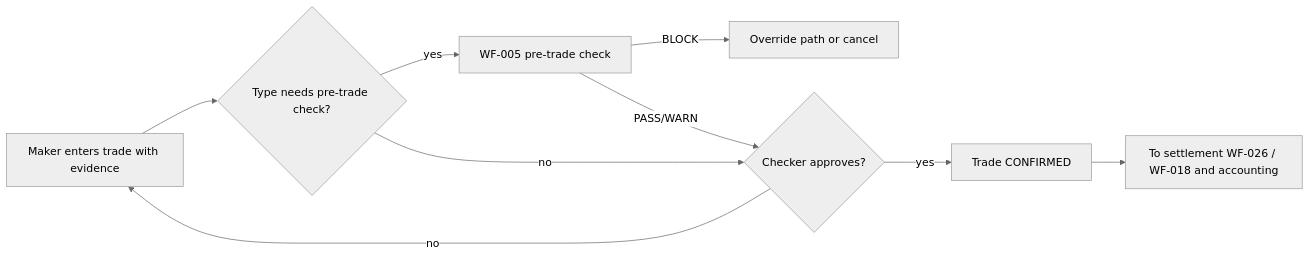
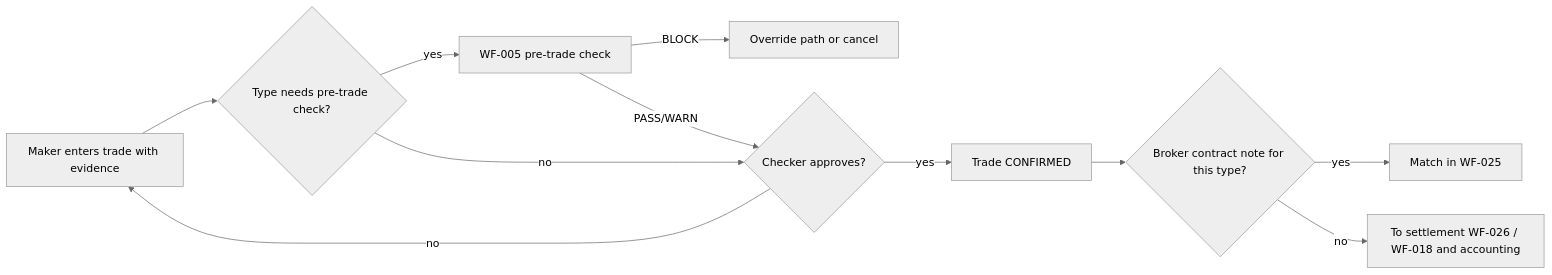
Before and after one commit to suchitdubey7/AMC-OS: diagram 25 of 29 in docs/02_business_architecture/BA-004_end_to_end_workflows.md, drawn with Mermaid (neutral theme). The commit also changed other lines of this file and 3 other files, not shown here.

````diff
--- a/docs/02_business_architecture/BA-004_end_to_end_workflows.md
+++ b/docs/02_business_architecture/BA-004_end_to_end_workflows.md
@@ -868,11 +870,13 @@
 ```mermaid
 flowchart LR
   A[Maker enters trade with evidence] --> B{Type needs pre-trade check?}
   B -- yes --> C[WF-005 pre-trade check]
   C -->|BLOCK| X[Override path or cancel]
   C -->|PASS/WARN| D
   B -- no --> D{Checker approves?}
   D -- no --> A
   D -- yes --> E[Trade CONFIRMED]
-  E --> F[To settlement WF-026 / WF-018 and accounting]
+  E --> G{Broker contract note for this type?}
+  G -- yes --> H[Match in WF-025]
+  G -- no --> F[To settlement WF-026 / WF-018 and accounting]
 ```
````
